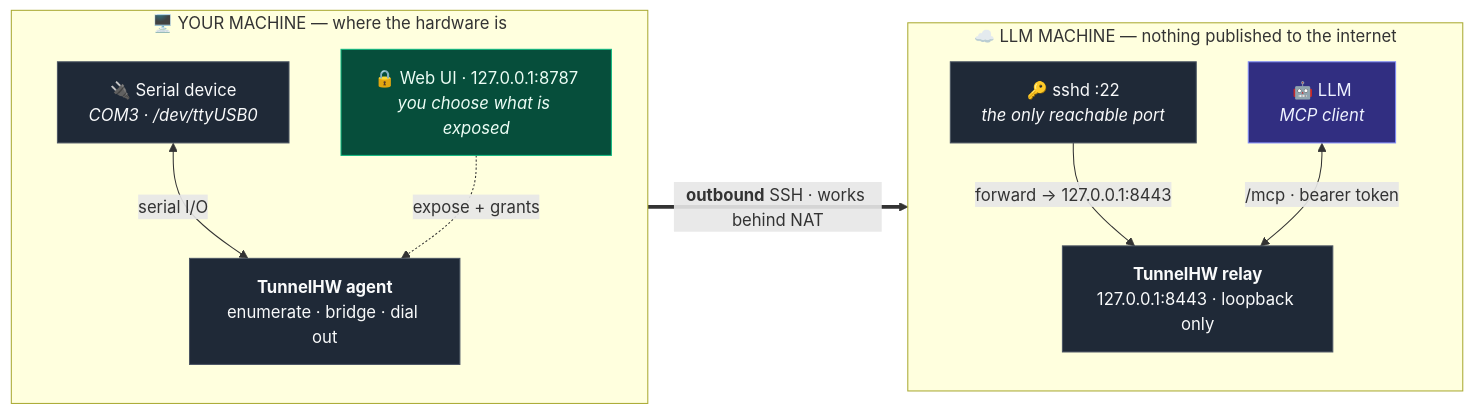
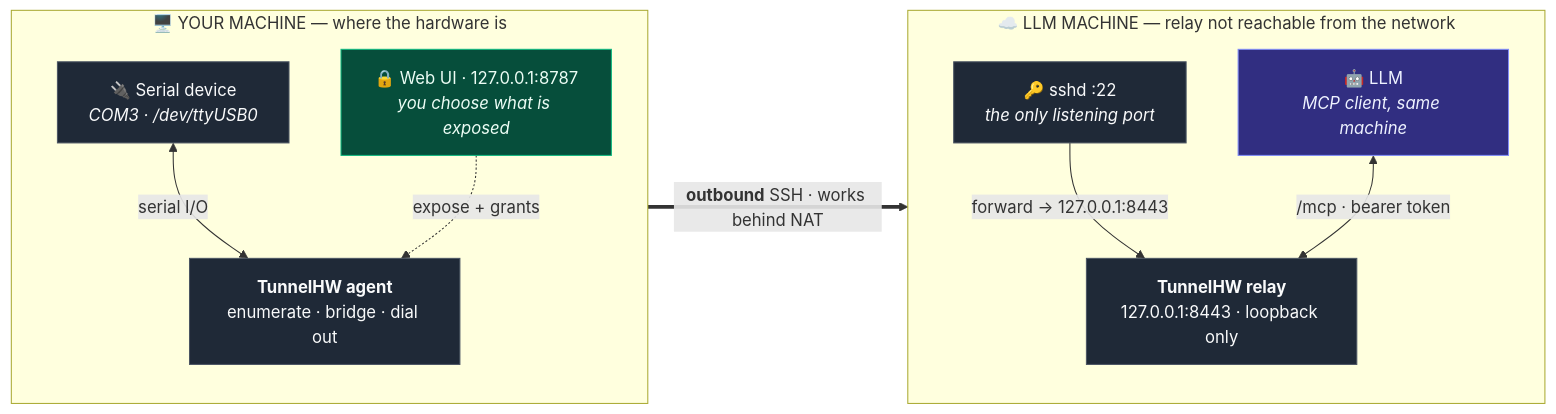
Before and after one commit to chaugan/tunnelhw: the first of 2 diagrams in README.md, drawn with Mermaid. The commit also changed other lines of this file and 7 other files, not shown here.

````diff
--- a/README.md
+++ b/README.md
@@ -47,29 +180,29 @@
 ```mermaid
 flowchart LR
     subgraph LOCAL["🖥️  YOUR MACHINE — where the hardware is"]
         direction TB
         HW["🔌 Serial device<br/><i>COM3 · /dev/ttyUSB0</i>"]
         AGENT["<b>TunnelHW agent</b><br/>enumerate · bridge · dial out"]
         WEBUI["🔒 Web UI · 127.0.0.1:8787<br/><i>you choose what is exposed</i>"]
         HW <-->|"serial I/O"| AGENT
         WEBUI -.->|"expose + grants"| AGENT
     end
 
-    subgraph REMOTE["☁️  LLM MACHINE — nothing published to the internet"]
+    subgraph REMOTE["☁️  LLM MACHINE — relay not reachable from the network"]
         direction TB
-        SSHD["🔑 sshd :22<br/><i>the only reachable port</i>"]
+        SSHD["🔑 sshd :22<br/><i>the only listening port</i>"]
         RELAY["<b>TunnelHW relay</b><br/>127.0.0.1:8443 · loopback only"]
-        LLM["🤖 LLM<br/><i>MCP client</i>"]
+        LLM["🤖 LLM<br/><i>MCP client, same machine</i>"]
         SSHD -->|"forward → 127.0.0.1:8443"| RELAY
         LLM <-->|"/mcp · bearer token"| RELAY
     end
 
     AGENT ==>|"<b>outbound</b> SSH · works behind NAT"| SSHD
 
     classDef box fill:#1f2937,stroke:#4b5563,color:#f9fafb
     classDef safe fill:#064e3b,stroke:#10b981,color:#ecfdf5
     classDef llm fill:#312e81,stroke:#818cf8,color:#eef2ff
     class HW,AGENT,SSHD,RELAY box
     class WEBUI safe
     class LLM llm
 ```
````
